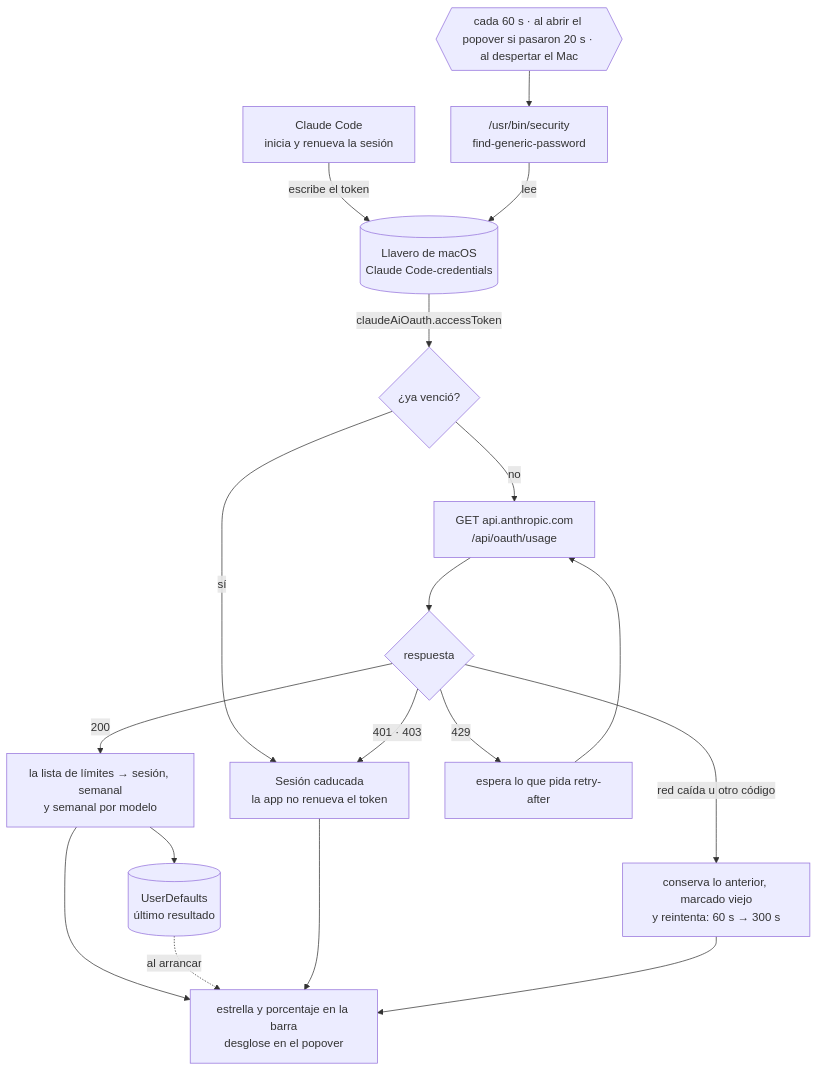
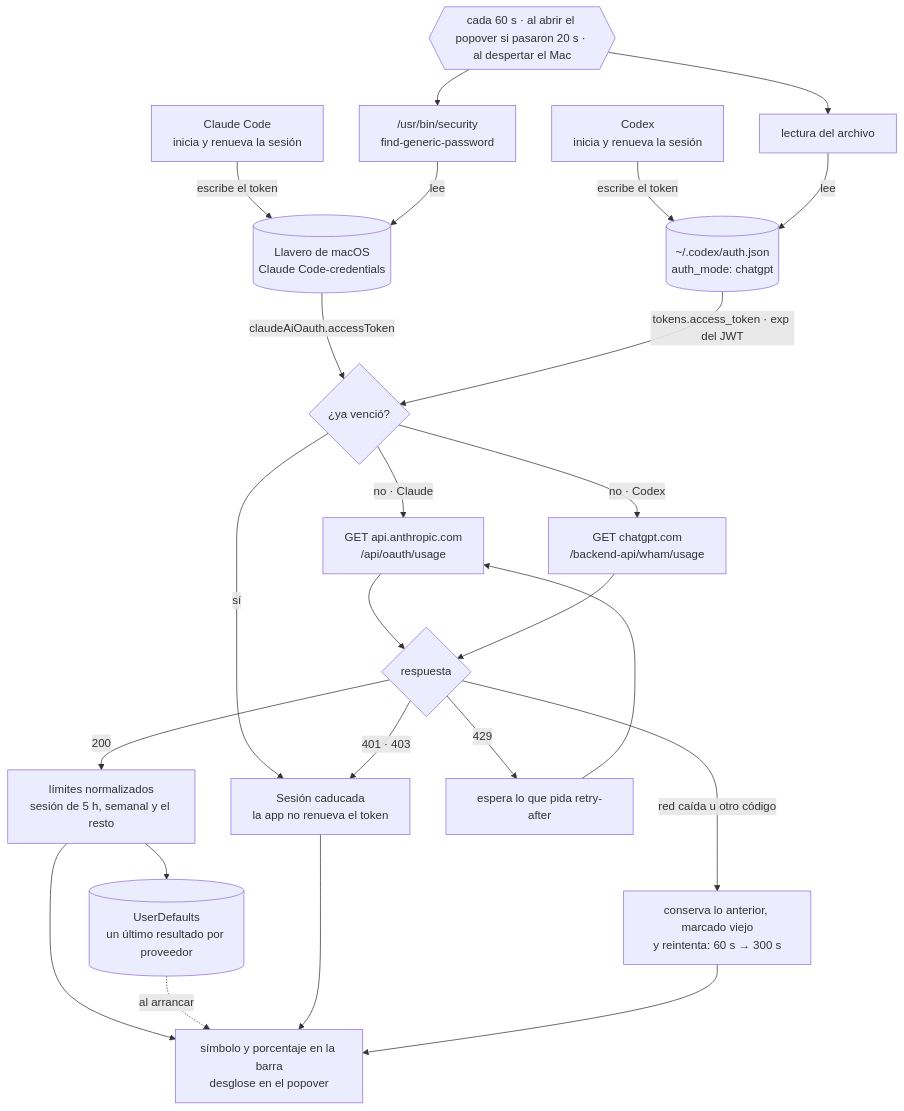
One commit to GonzaloAfa/ai-usage-bar changed the diagram in README.md. Above: the diagram before and after it, drawn with Mermaid. The commit also changed other lines of this file and 33 other files, not shown here.

First line of the commit message:
Codex junto a Claude: la barra pasa a ser AI Usage Bar

````diff
--- a/README.md
+++ b/README.md
@@ -92,20 +112,26 @@
 ```mermaid
 flowchart TD
     CC["Claude Code<br/>inicia y renueva la sesión"] -->|"escribe el token"| KC[("Llavero de macOS<br/>Claude Code-credentials")]
+    CX["Codex<br/>inicia y renueva la sesión"] -->|"escribe el token"| AJ[("~/.codex/auth.json<br/>auth_mode: chatgpt")]
     TICK{{"cada 60 s · al abrir el popover si pasaron 20 s · al despertar el Mac"}} --> SEC
+    TICK --> FILE
     SEC["/usr/bin/security<br/>find-generic-password"] -->|"lee"| KC
+    FILE["lectura del archivo"] -->|"lee"| AJ
     KC -->|"claudeAiOauth.accessToken"| EXP{"¿ya venció?"}
+    AJ -->|"tokens.access_token · exp del JWT"| EXP
     EXP -->|"sí"| REAUTH["Sesión caducada<br/>la app no renueva el token"]
-    EXP -->|"no"| GET["GET api.anthropic.com<br/>/api/oauth/usage"]
-    GET --> CODE{"respuesta"}
-    CODE -->|"200"| DEC["la lista de límites → sesión, semanal<br/>y semanal por modelo"]
+    EXP -->|"no · Claude"| GETA["GET api.anthropic.com<br/>/api/oauth/usage"]
+    EXP -->|"no · Codex"| GETC["GET chatgpt.com<br/>/backend-api/wham/usage"]
+    GETA --> CODE{"respuesta"}
+    GETC --> CODE
+    CODE -->|"200"| DEC["límites normalizados<br/>sesión de 5 h, semanal y el resto"]
     CODE -->|"401 · 403"| REAUTH
     CODE -->|"429"| WAIT["espera lo que pida retry-after"]
     CODE -->|"red caída u otro código"| BACK["conserva lo anterior, marcado viejo<br/>y reintenta: 60 s → 300 s"]
-    DEC --> UI["estrella y porcentaje en la barra<br/>desglose en el popover"]
-    DEC --> CACHE[("UserDefaults<br/>último resultado")]
+    DEC --> UI["símbolo y porcentaje en la barra<br/>desglose en el popover"]
+    DEC --> CACHE[("UserDefaults<br/>un último resultado por proveedor")]
     CACHE -.->|"al arrancar"| UI
     REAUTH --> UI
     BACK --> UI
-    WAIT --> GET
+    WAIT --> GETA
 ```
````
